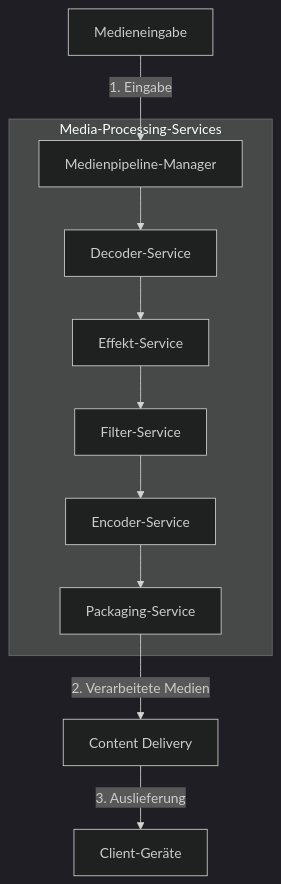
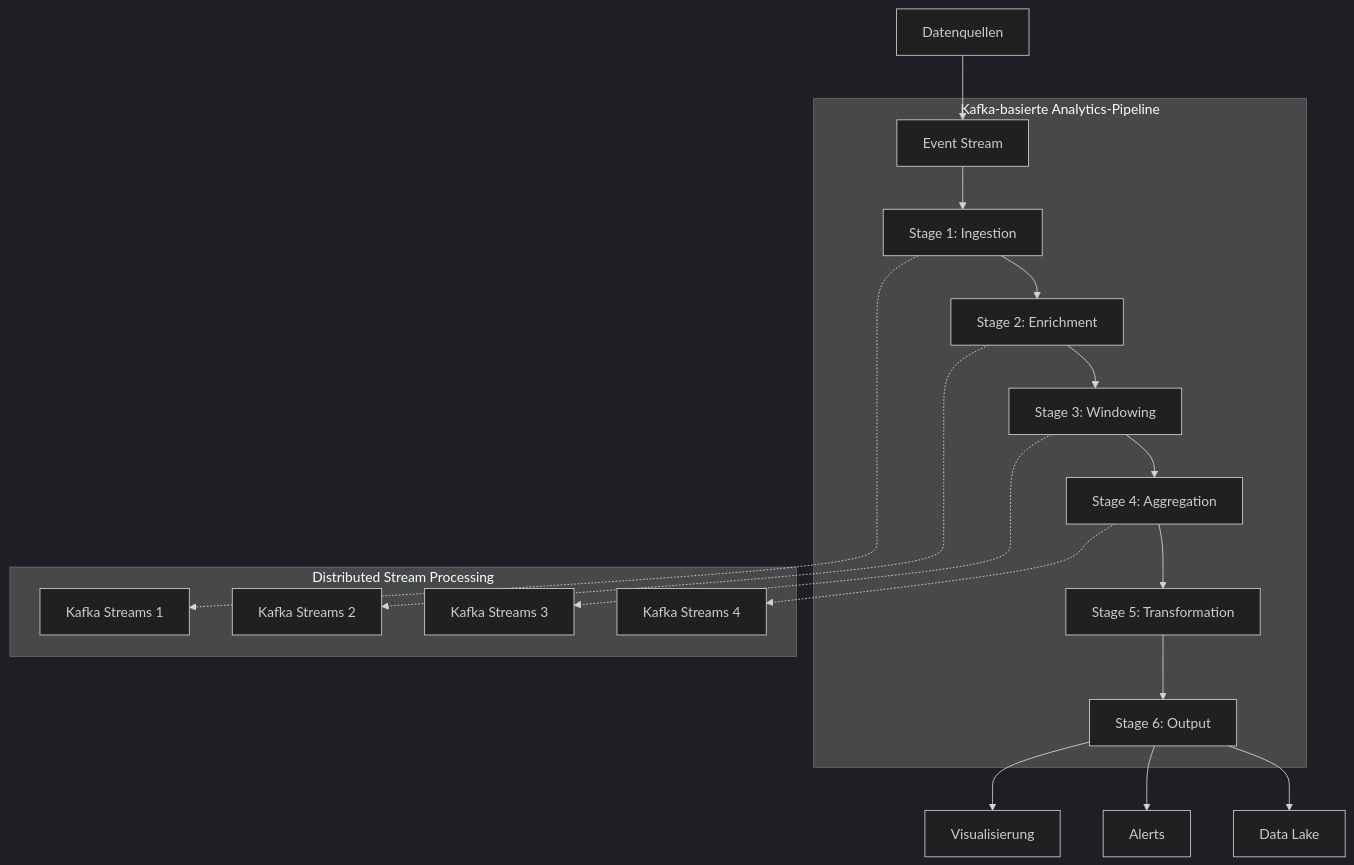
Before and after one commit to scimbe/VS_Pattern_By_KI: the fifth of 8 diagrams in Pipeline/docs/USE_CASES.md, drawn with Mermaid (dark theme). The commit also changed other lines of this file and 19 other files, not shown here.

````diff
--- a/Pipeline/docs/USE_CASES.md
+++ b/Pipeline/docs/USE_CASES.md
@@ -166,15 +215,24 @@
 ```mermaid
 flowchart TD
-    A[Medieneingabe] -->|"1. Eingabe"| B[Medienpipeline-Manager]
+    A[Datenquellen] --> B[Event Stream]
     
-    subgraph "Media-Processing-Services"
-        B --> C[Decoder-Service]
-        C --> D[Effekt-Service]
-        D --> E[Filter-Service]
-        E --> F[Encoder-Service]
-        F --> G[Packaging-Service]
+    subgraph "Kafka-basierte Analytics-Pipeline"
+        B --> C[Stage 1: Ingestion]
+        C --> D[Stage 2: Enrichment]
+        D --> E[Stage 3: Windowing]
+        E --> F[Stage 4: Aggregation]
+        F --> G[Stage 5: Transformation]
+        G --> H[Stage 6: Output]
     end
     
-    G -->|"2. Verarbeitete Medien"| H[Content Delivery]
-    H -->|"3. Auslieferung"| I[Client-Geräte]
+    H --> I[Visualisierung]
+    H --> J[Alerts]
+    H --> K[Data Lake]
+    
+    subgraph "Distributed Stream Processing"
+        C -.-> L[Kafka Streams 1]
+        D -.-> M[Kafka Streams 2]
+        E -.-> N[Kafka Streams 3]
+        F -.-> O[Kafka Streams 4]
+    end
 ```
````
